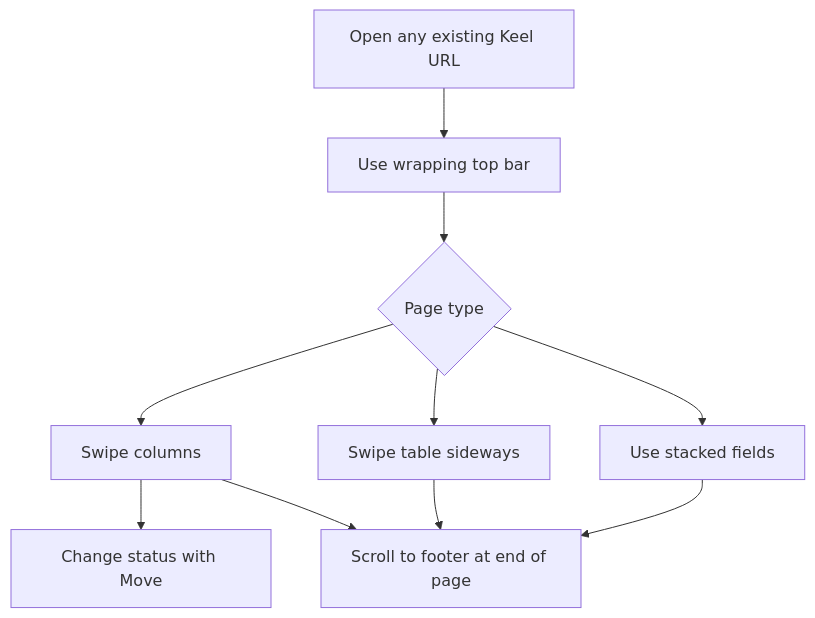
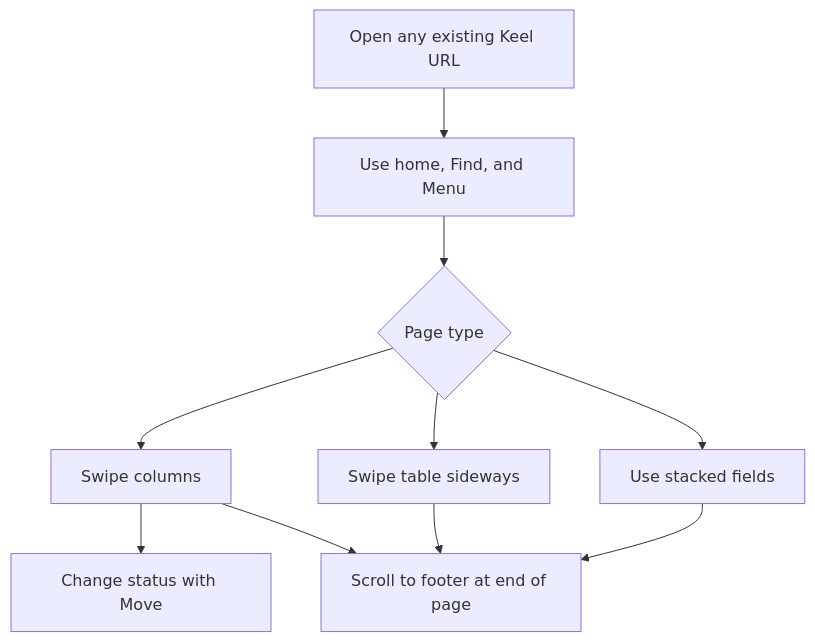
One commit to Mathotics/Keel changed the first of 2 diagrams in docs/adr/phone-layout.md. Above: the diagram before and after it, drawn with Mermaid. The commit also changed other lines of this file and 8 other files, not shown here.

Commit message:
KEEL-6 Open section links from a Menu control so a phone bar stays one row.

````diff
--- a/docs/adr/phone-layout.md
+++ b/docs/adr/phone-layout.md
@@ -93,21 +95,21 @@
 ```mermaid
 flowchart TD
   openUrl[Open any existing Keel URL]
-  bar[Use wrapping top bar]
+  bar[Use home, Find, and Menu]
   page{Page type}
   board[Swipe columns]
   move[Change status with Move]
   table[Swipe table sideways]
   form[Use stacked fields]
   footer[Scroll to footer at end of page]
 
   openUrl --> bar
   bar --> page
   page --> board
   board --> move
   page --> table
   page --> form
   board --> footer
   table --> footer
   form --> footer
 ```
````
